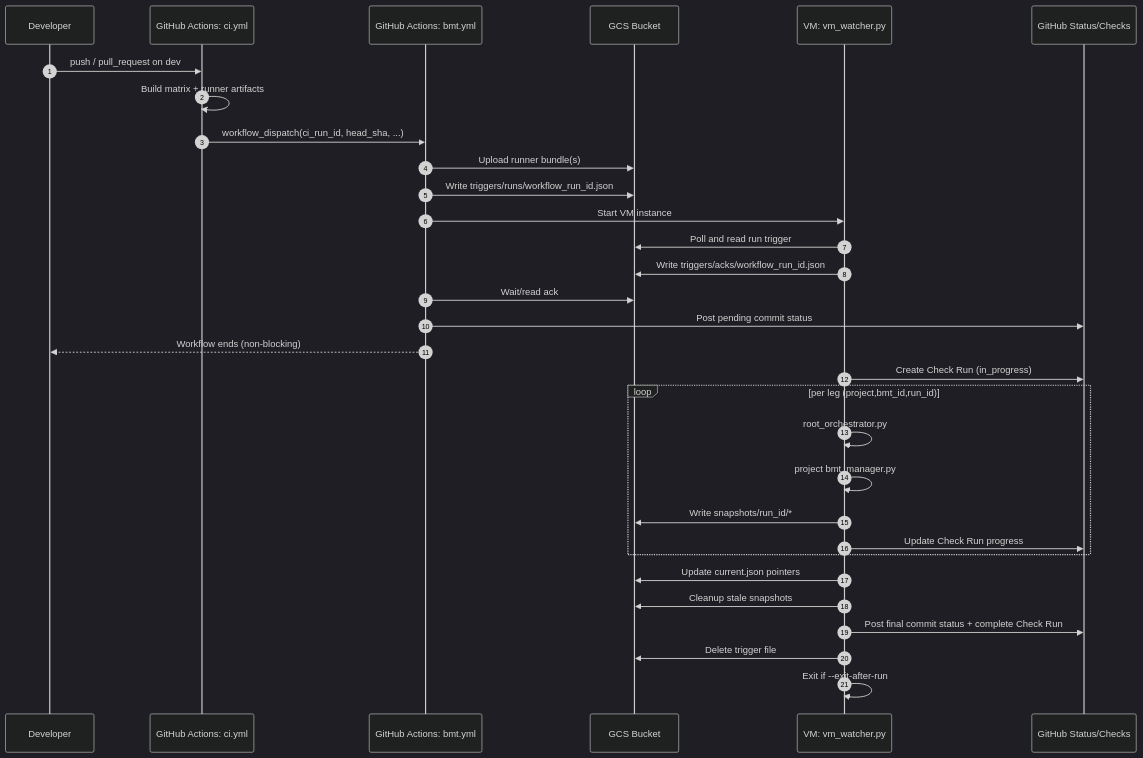
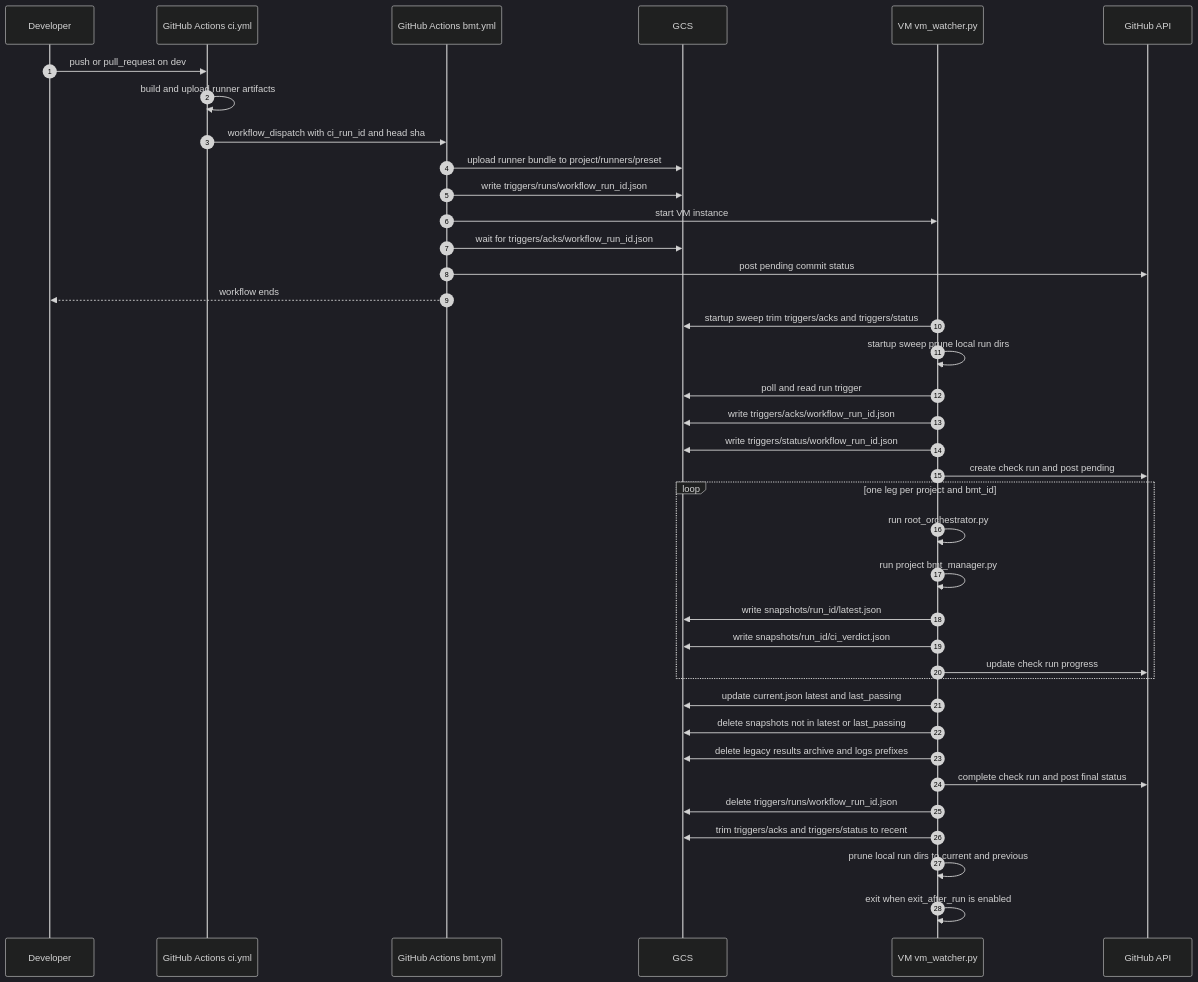
The first of 3 diagrams in docs/diagrams.md (klugman-yanai/bmt-gate-sandbox), drawn with Mermaid (dark theme) before and after one commit. The commit also changed other lines of this file and 59 other files, not shown here.

````diff
--- a/docs/diagrams.md
+++ b/docs/diagrams.md
@@ -7,38 +7,45 @@
 ```mermaid
 sequenceDiagram
     autonumber
-    participant U as Developer
-    participant CI as GitHub Actions: ci.yml
-    participant BMT as GitHub Actions: bmt.yml
-    participant GCS as GCS Bucket
-    participant VM as VM: vm_watcher.py
-    participant GH as GitHub Status/Checks
+    participant Dev as Developer
+    participant CI as GitHub Actions ci.yml
+    participant BMT as GitHub Actions bmt.yml
+    participant GCS as GCS
+    participant VM as VM vm_watcher.py
+    participant GH as GitHub API
 
-    U->>CI: push / pull_request on dev
-    CI->>CI: Build matrix + runner artifacts
-    CI->>BMT: workflow_dispatch(ci_run_id, head_sha, ...)
+    Dev->>CI: push or pull_request on dev
+    CI->>CI: build and upload runner artifacts
+    CI->>BMT: workflow_dispatch with ci_run_id and head sha
 
-    BMT->>GCS: Upload runner bundle(s)
-    BMT->>GCS: Write triggers/runs/workflow_run_id.json
-    BMT->>VM: Start VM instance
+    BMT->>GCS: upload runner bundle to project/runners/preset
+    BMT->>GCS: write triggers/runs/workflow_run_id.json
+    BMT->>VM: start VM instance
+    BMT->>GCS: wait for triggers/acks/workflow_run_id.json
+    BMT->>GH: post pending commit status
+    BMT-->>Dev: workflow ends
 
-    VM->>GCS: Poll and read run trigger
-    VM->>GCS: Write triggers/acks/workflow_run_id.json
-    BMT->>GCS: Wait/read ack
-    BMT->>GH: Post pending commit status
-    BMT-->>U: Workflow ends (non-blocking)
+    VM->>GCS: startup sweep trim triggers/acks and triggers/status
+    VM->>VM: startup sweep prune local run dirs
+    VM->>GCS: poll and read run trigger
+    VM->>GCS: write triggers/acks/workflow_run_id.json
+    VM->>GCS: write triggers/status/workflow_run_id.json
+    VM->>GH: create check run and post pending
 
-    VM->>GH: Create Check Run (in_progress)
-    loop per leg (project,bmt_id,run_id)
-        VM->>VM: root_orchestrator.py
-        VM->>VM: project bmt_manager.py
-        VM->>GCS: Write snapshots/run_id/*
-        VM->>GH: Update Check Run progress
+    loop one leg per project and bmt_id
+        VM->>VM: run root_orchestrator.py
+        VM->>VM: run project bmt_manager.py
+        VM->>GCS: write snapshots/run_id/latest.json
+        VM->>GCS: write snapshots/run_id/ci_verdict.json
+        VM->>GH: update check run progress
     end
 
-    VM->>GCS: Update current.json pointers
-    VM->>GCS: Cleanup stale snapshots
-    VM->>GH: Post final commit status + complete Check Run
-    VM->>GCS: Delete trigger file
-    VM->>VM: Exit if --exit-after-run
+    VM->>GCS: update current.json latest and last_passing
+    VM->>GCS: delete snapshots not in latest or last_passing
+    VM->>GCS: delete legacy results archive and logs prefixes
+    VM->>GH: complete check run and post final status
+    VM->>GCS: delete triggers/runs/workflow_run_id.json
+    VM->>GCS: trim triggers/acks and triggers/status to recent
+    VM->>VM: prune local run dirs to current and previous
+    VM->>VM: exit when exit_after_run is enabled
 ```
````
